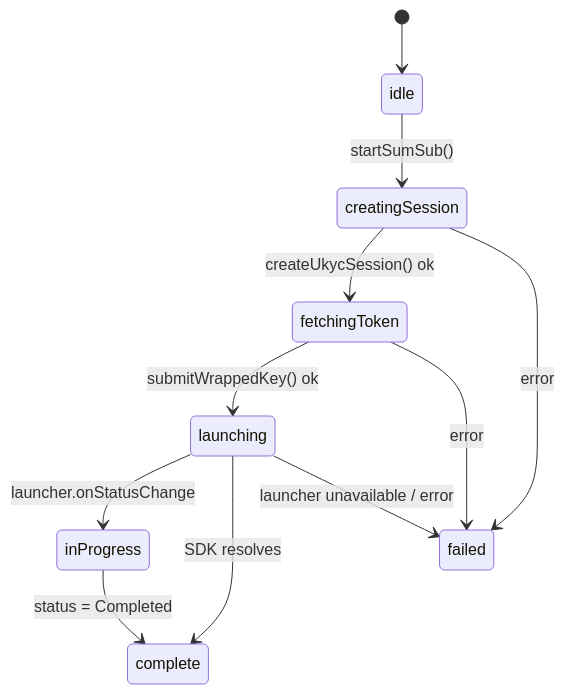
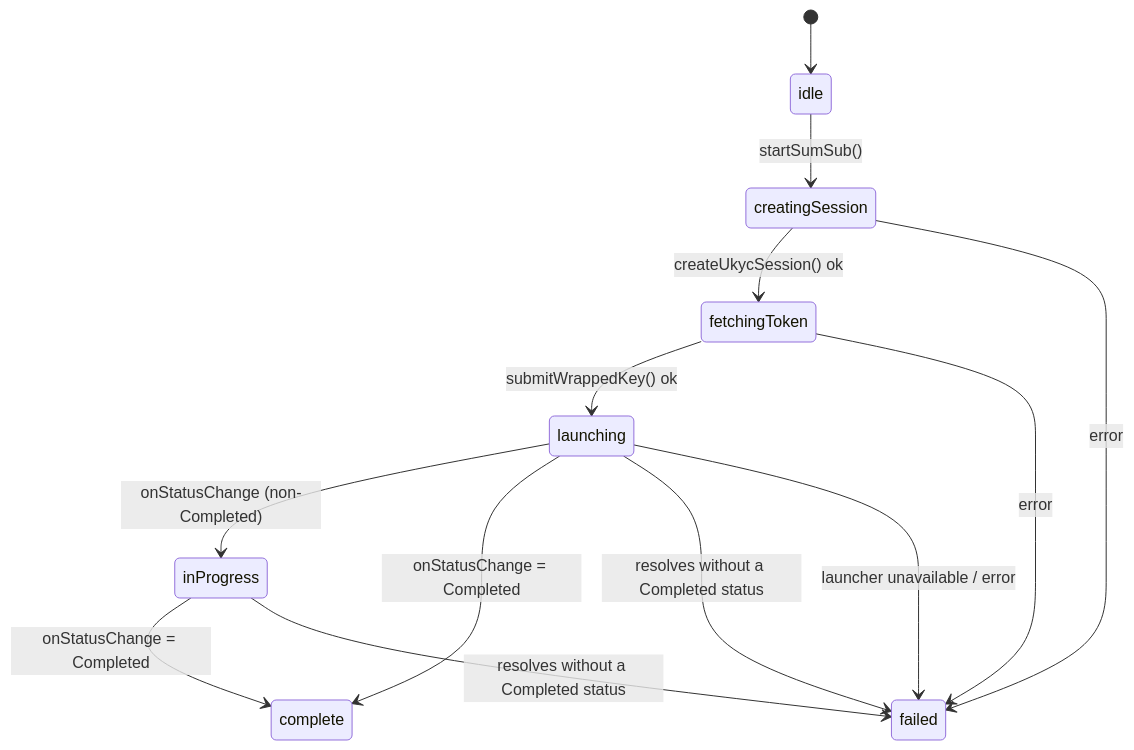
One commit to MetaMask/core changed the seventh of 10 diagrams in packages/kyc-controller/README.md. Above: the diagram before and after it, drawn with Mermaid. The commit also changed other lines of this file, not shown here.

Commit message:
feat: update architecture section of readme

````diff
--- a/packages/kyc-controller/README.md
+++ b/packages/kyc-controller/README.md
@@ -421,13 +442,15 @@
 ```mermaid
 stateDiagram-v2
     [*] --> idle
     idle --> creatingSession : startSumSub()
     creatingSession --> fetchingToken : createUkycSession() ok
     fetchingToken --> launching : submitWrappedKey() ok
-    launching --> inProgress : launcher.onStatusChange
-    inProgress --> complete : status = Completed
-    launching --> complete : SDK resolves
+    launching --> inProgress : onStatusChange (non-Completed)
+    launching --> complete : onStatusChange = Completed
+    inProgress --> complete : onStatusChange = Completed
+    launching --> failed : resolves without a Completed status
+    inProgress --> failed : resolves without a Completed status
     creatingSession --> failed : error
     fetchingToken --> failed : error
     launching --> failed : launcher unavailable / error
 ```
````
